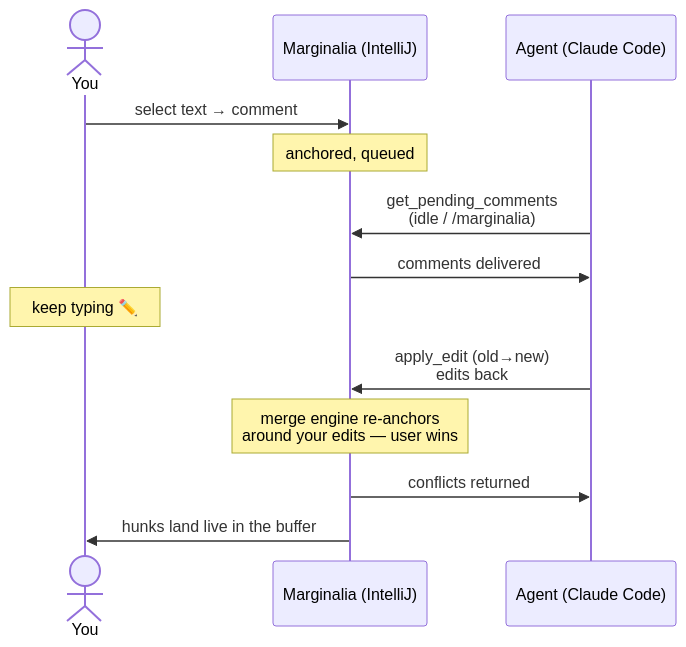
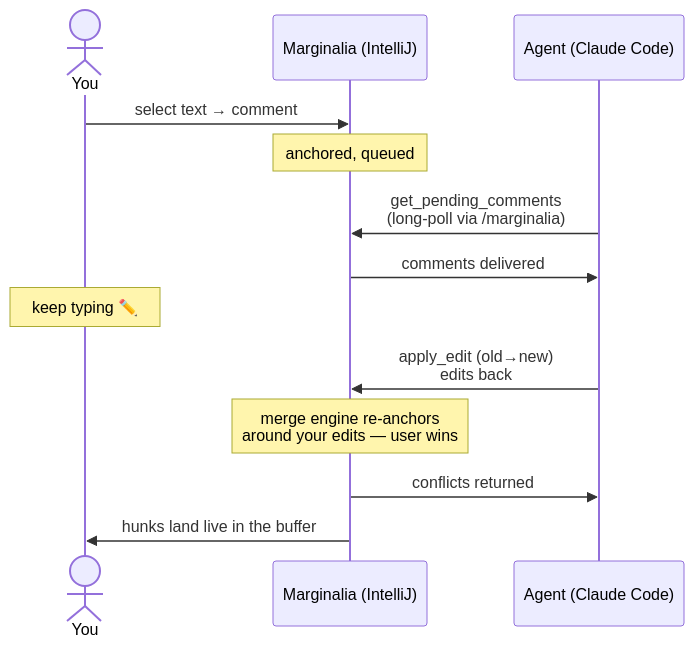
The diagram in README.md (borgand/marginalia), drawn with Mermaid before and after one commit. The commit also changed other lines of this file, not shown here.

Commit message:
docs: replace /loop 1m recommendation with long-poll + cost warning

````diff
--- a/README.md
+++ b/README.md
@@ -91,16 +91,16 @@
 ```mermaid
 sequenceDiagram
     actor You
     participant M as Marginalia (IntelliJ)
     participant Agent as Agent (Claude Code)
 
     You->>M: select text → comment
     Note over M: anchored, queued
-    Agent->>M: get_pending_comments<br/>(idle / /marginalia)
+    Agent->>M: get_pending_comments<br/>(long-poll via /marginalia)
     M->>Agent: comments delivered
     Note over You: keep typing ✏️
     Agent->>M: apply_edit (old→new)<br/>edits back
     Note over M: merge engine re-anchors<br/>around your edits — user wins
     M->>Agent: conflicts returned
     M->>You: hunks land live in the buffer
 ```
````
